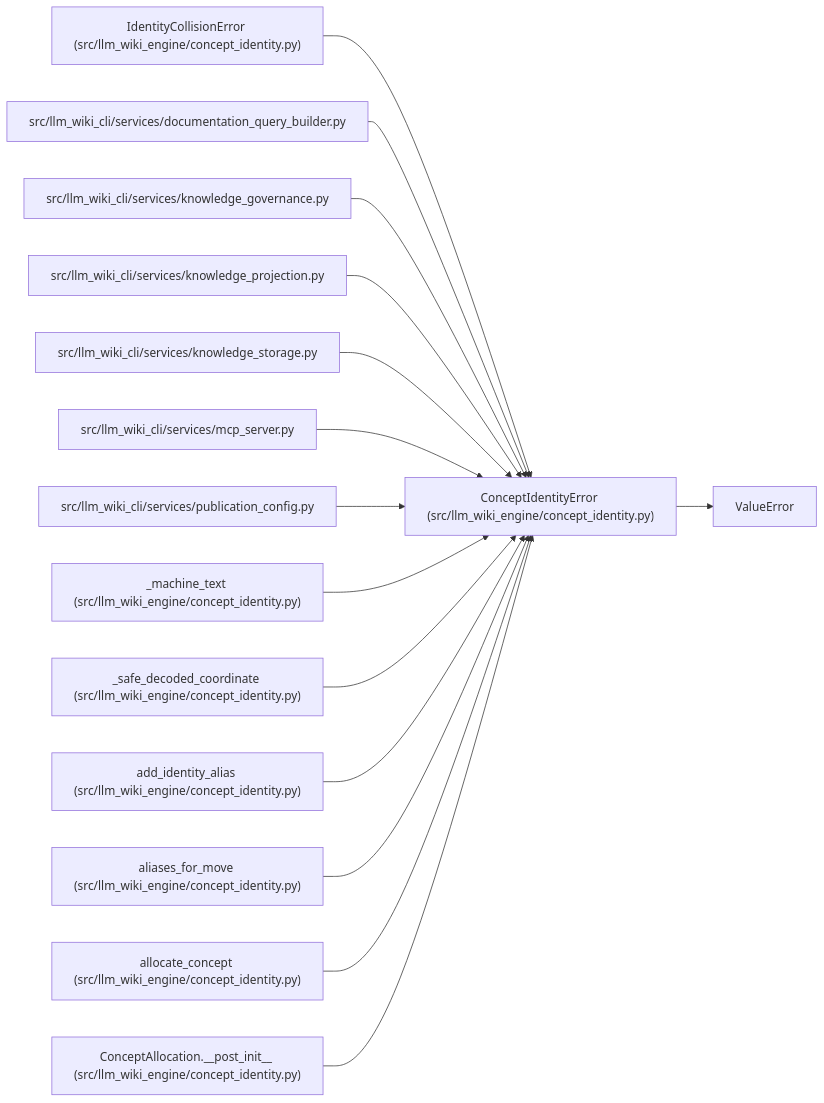
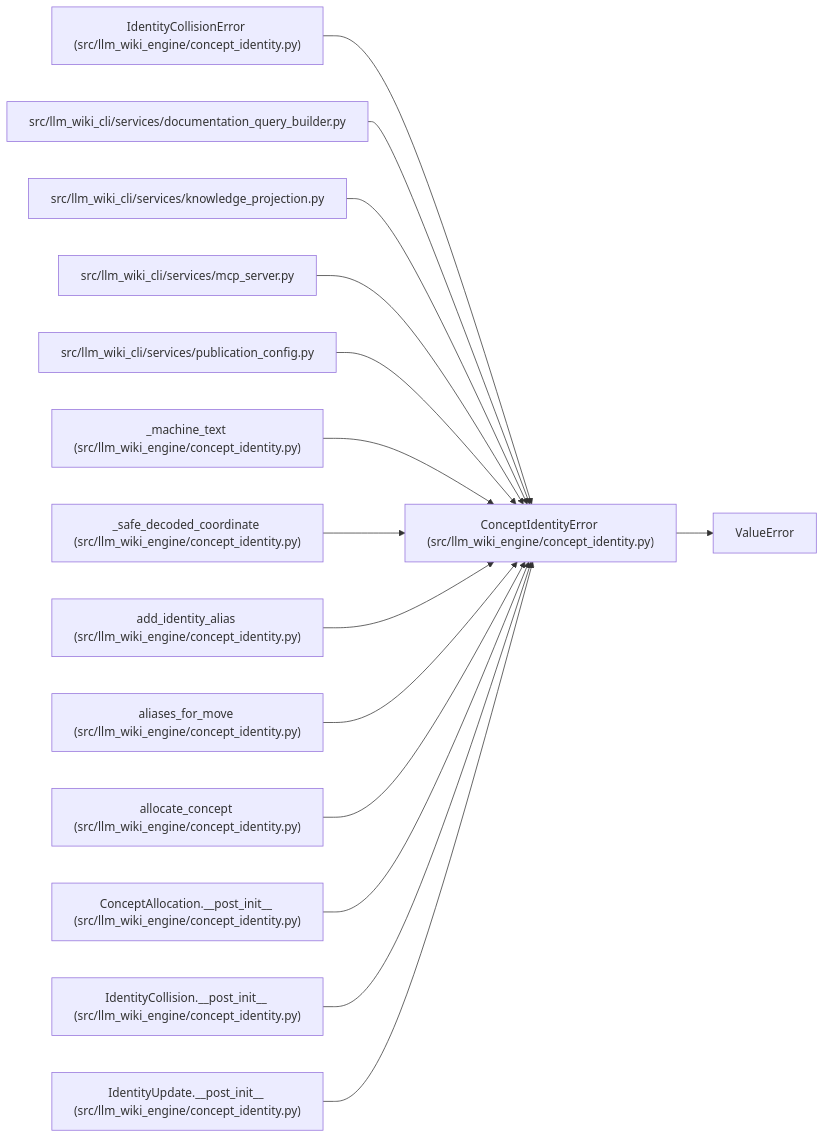
Before and after one commit to Denissvgn/python-wiki-llm: the diagram in docs/llm_wiki/entities/ConceptIdentityError.md, drawn with Mermaid. The commit also changed other lines of this file and 1058 other files, not shown here.

First line of the commit message:
docs: refresh the wiki for the knowledge store move

````diff
--- a/docs/llm_wiki/entities/ConceptIdentityError.md
+++ b/docs/llm_wiki/entities/ConceptIdentityError.md
@@ -25,46 +25,46 @@
 ```mermaid
 flowchart LR
     n0["ConceptIdentityError (src/llm_wiki_engine/concept_identity.py)"]
     n1["ValueError"]
     n2["IdentityCollisionError (src/llm_wiki_engine/concept_identity.py)"]
     n3["src/llm_wiki_cli/services/documentation_query_builder.py"]
-    n4["src/llm_wiki_cli/services/knowledge_governance.py"]
-    n5["src/llm_wiki_cli/services/knowledge_projection.py"]
-    n6["src/llm_wiki_cli/services/knowledge_storage.py"]
-    n7["src/llm_wiki_cli/services/mcp_server.py"]
-    n8["src/llm_wiki_cli/services/publication_config.py"]
-    n9["_machine_text (src/llm_wiki_engine/concept_identity.py)"]
-    n10["_safe_decoded_coordinate (src/llm_wiki_engine/concept_identity.py)"]
-    n11["add_identity_alias (src/llm_wiki_engine/concept_identity.py)"]
-    n12["aliases_for_move (src/llm_wiki_engine/concept_identity.py)"]
-    n13["allocate_concept (src/llm_wiki_engine/concept_identity.py)"]
-    n14["ConceptAllocation.__post_init__ (src/llm_wiki_engine/concept_identity.py)"]
+    n4["src/llm_wiki_cli/services/knowledge_projection.py"]
+    n5["src/llm_wiki_cli/services/mcp_server.py"]
+    n6["src/llm_wiki_cli/services/publication_config.py"]
+    n7["_machine_text (src/llm_wiki_engine/concept_identity.py)"]
+    n8["_safe_decoded_coordinate (src/llm_wiki_engine/concept_identity.py)"]
+    n9["add_identity_alias (src/llm_wiki_engine/concept_identity.py)"]
+    n10["aliases_for_move (src/llm_wiki_engine/concept_identity.py)"]
+    n11["allocate_concept (src/llm_wiki_engine/concept_identity.py)"]
+    n12["ConceptAllocation.__post_init__ (src/llm_wiki_engine/concept_identity.py)"]
+    n13["IdentityCollision.__post_init__ (src/llm_wiki_engine/concept_identity.py)"]
+    n14["IdentityUpdate.__post_init__ (src/llm_wiki_engine/concept_identity.py)"]
     n0 --> n1
     n2 --> n0
     n3 --> n0
     n4 --> n0
     n5 --> n0
     n6 --> n0
     n7 --> n0
     n8 --> n0
     n9 --> n0
     n10 --> n0
     n11 --> n0
     n12 --> n0
     n13 --> n0
     n14 --> n0
     click n0 "../modules/concept_identity.md"
     click n2 "../modules/concept_identity.md"
     click n3 "../modules/documentation_query_builder.md"
-    click n4 "../modules/knowledge_governance.md"
-    click n5 "../modules/knowledge_projection.md"
-    click n6 "../modules/knowledge_storage.md"
-    click n7 "../modules/mcp_server.md"
-    click n8 "../modules/publication_config.md"
+    click n4 "../modules/knowledge_projection.md"
+    click n5 "../modules/mcp_server.md"
+    click n6 "../modules/publication_config.md"
+    click n7 "../modules/concept_identity.md"
+    click n8 "../modules/concept_identity.md"
     click n9 "../modules/concept_identity.md"
     click n10 "../modules/concept_identity.md"
     click n11 "../modules/concept_identity.md"
     click n12 "../modules/concept_identity.md"
     click n13 "../modules/concept_identity.md"
     click n14 "../modules/concept_identity.md"
 ```
````
